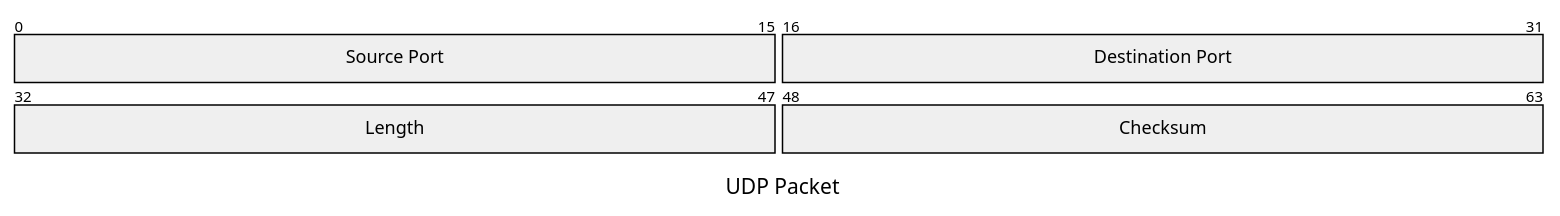
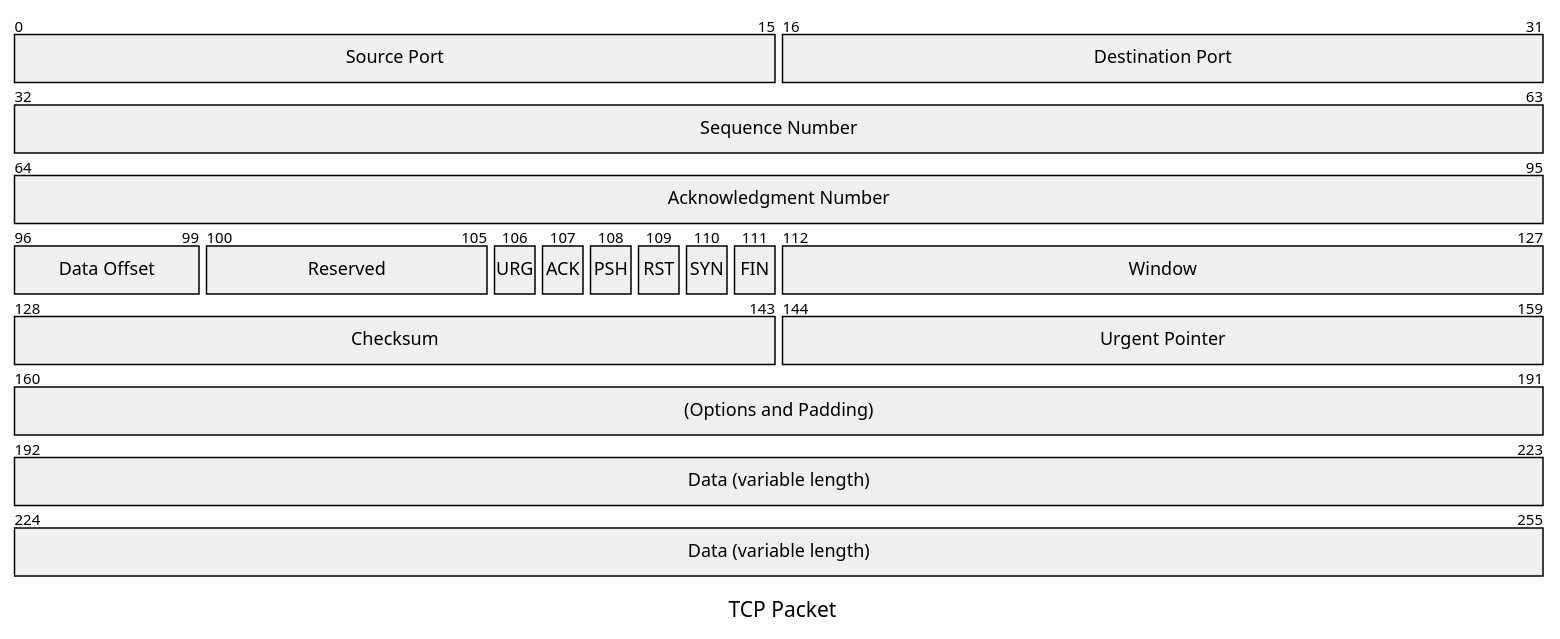
The fifth of 6 diagrams in docs/example.md (mo6/viewmd), drawn with Mermaid before and after one commit. The commit also changed other lines of this file and 15 other files, not shown here.

````diff
--- a/docs/example.md
+++ b/docs/example.md
@@ -177,8 +193,21 @@
 ```mermaid
 packet-beta
-    title UDP Packet
+    title TCP Packet
     0-15: "Source Port"
     16-31: "Destination Port"
-    32-47: "Length"
-    48-63: "Checksum"
+    32-63: "Sequence Number"
+    64-95: "Acknowledgment Number"
+    96-99: "Data Offset"
+    100-105: "Reserved"
+    106: "URG"
+    107: "ACK"
+    108: "PSH"
+    109: "RST"
+    110: "SYN"
+    111: "FIN"
+    112-127: "Window"
+    128-143: "Checksum"
+    144-159: "Urgent Pointer"
+    160-191: "(Options and Padding)"
+    192-255: "Data (variable length)"
 ```
````
